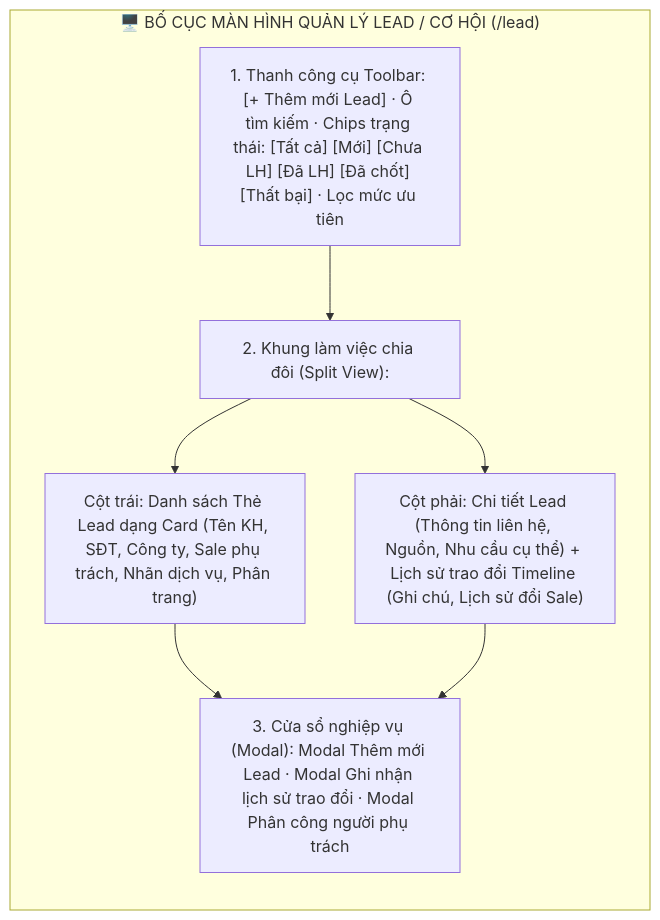
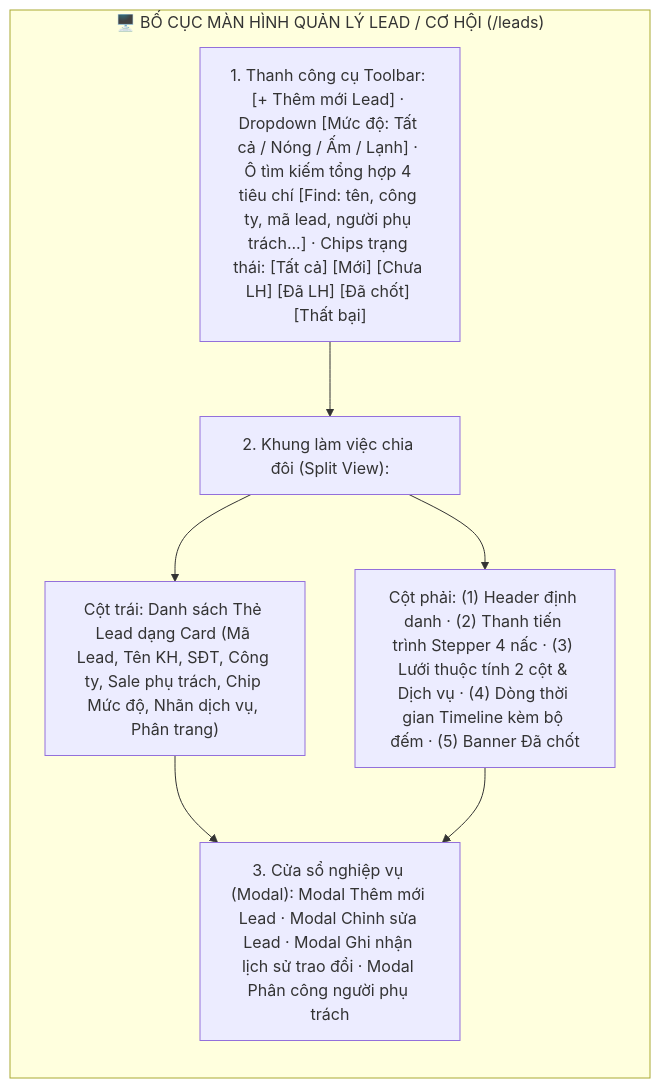
One commit to HoangDinhThai/VNTEST_Automation changed the first of 3 diagrams in docs/12_leads.md. Above: the diagram before and after it, drawn with Mermaid. The commit also changed other lines of this file, not shown here.

Commit message:
docs(leads): update full requirements specifications, UI matrix, and use cases to match 64 test cases

````diff
--- a/docs/12_leads.md
+++ b/docs/12_leads.md
@@ -44,17 +46,17 @@
 ```mermaid
 flowchart TD
-    subgraph UI_Layout ["🖥️ BỐ CỤC MÀN HÌNH QUẢN LÝ LEAD / CƠ HỘI (/lead)"]
+    subgraph UI_Layout ["🖥️ BỐ CỤC MÀN HÌNH QUẢN LÝ LEAD / CƠ HỘI (/leads)"]
         direction TB
-        Toolbar["1. Thanh công cụ Toolbar: [+ Thêm mới Lead] · Ô tìm kiếm · Chips trạng thái: [Tất cả] [Mới] [Chưa LH] [Đã LH] [Đã chốt] [Thất bại] · Lọc mức ưu tiên"]
+        Toolbar["1. Thanh công cụ Toolbar: [+ Thêm mới Lead] · Dropdown [Mức độ: Tất cả / Nóng / Ấm / Lạnh] · Ô tìm kiếm tổng hợp 4 tiêu chí [Find: tên, công ty, mã lead, người phụ trách...] · Chips trạng thái: [Tất cả] [Mới] [Chưa LH] [Đã LH] [Đã chốt] [Thất bại]"]
         SplitPanes["2. Khung làm việc chia đôi (Split View):"]
-        CardsList["Cột trái: Danh sách Thẻ Lead dạng Card (Tên KH, SĐT, Công ty, Sale phụ trách, Nhãn dịch vụ, Phân trang)"]
-        RightDetail["Cột phải: Chi tiết Lead (Thông tin liên hệ, Nguồn, Nhu cầu cụ thể) + Lịch sử trao đổi Timeline (Ghi chú, Lịch sử đổi Sale)"]
-        Modals["3. Cửa sổ nghiệp vụ (Modal): Modal Thêm mới Lead · Modal Ghi nhận lịch sử trao đổi · Modal Phân công người phụ trách"]
+        CardsList["Cột trái: Danh sách Thẻ Lead dạng Card (Mã Lead, Tên KH, SĐT, Công ty, Sale phụ trách, Chip Mức độ, Nhãn dịch vụ, Phân trang)"]
+        RightDetail["Cột phải: (1) Header định danh · (2) Thanh tiến trình Stepper 4 nấc · (3) Lưới thuộc tính 2 cột & Dịch vụ · (4) Dòng thời gian Timeline kèm bộ đếm · (5) Banner Đã chốt"]
+        Modals["3. Cửa sổ nghiệp vụ (Modal): Modal Thêm mới Lead · Modal Chỉnh sửa Lead · Modal Ghi nhận lịch sử trao đổi · Modal Phân công người phụ trách"]
         
         Toolbar --> SplitPanes
         SplitPanes --> CardsList
         SplitPanes --> RightDetail
         CardsList --> Modals
         RightDetail --> Modals
     end
 ```
````
